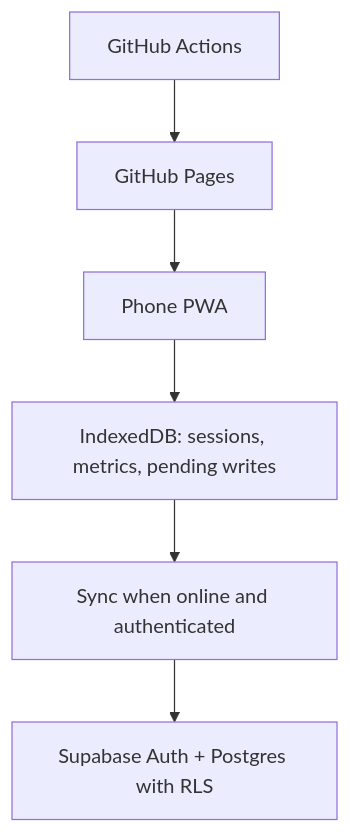
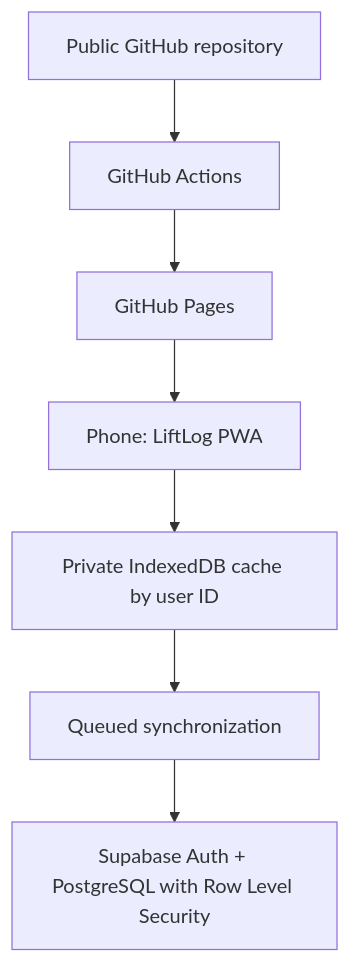
Before and after one commit to Sura34/liftlog: the diagram in README.md, drawn with Mermaid. The commit also changed other lines of this file, not shown here.

````diff
--- a/README.md
+++ b/README.md
@@ -7,8 +20,9 @@
 ```mermaid
 flowchart TD
-  A[Phone PWA] --> B[IndexedDB: sessions, metrics, pending writes]
-  B --> C[Sync when online and authenticated]
-  C --> D[Supabase Auth + Postgres with RLS]
-  E[GitHub Actions] --> F[GitHub Pages]
-  F --> A
+    A[Phone: LiftLog PWA] --> B[Private IndexedDB cache by user ID]
+    B --> C[Queued synchronization]
+    C --> D[Supabase Auth + PostgreSQL with Row Level Security]
+    E[Public GitHub repository] --> F[GitHub Actions]
+    F --> G[GitHub Pages]
+    G --> A
 ```
````
